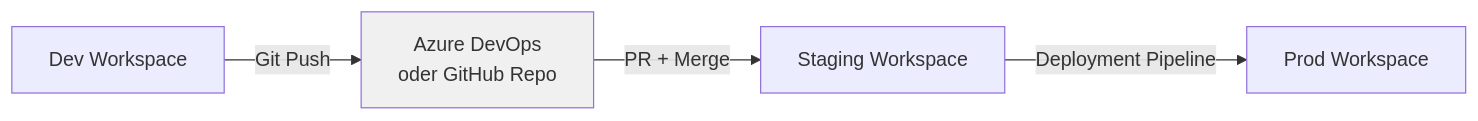
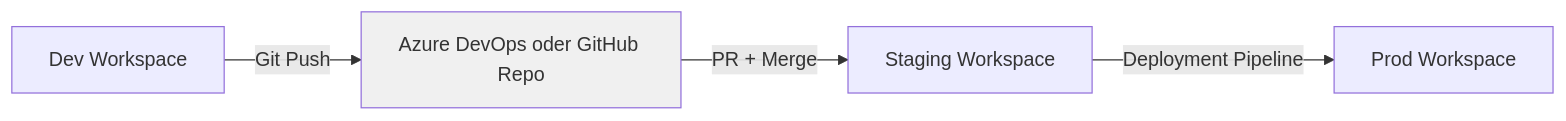
Before and after one commit to SoniiiT/notes-n-docs: the seventh of 7 diagrams in Microsoft 365/Azure/Fabric/Fabric Data Factory.md, drawn with Mermaid. The commit also changed other lines of this file and 124 other files, not shown here.

First line of the commit message:
fix: Entferne \n aus allen Mermaid-Diagrammen (125 Dateien)

````diff
--- a/Microsoft 365/Azure/Fabric/Fabric Data Factory.md
+++ b/Microsoft 365/Azure/Fabric/Fabric Data Factory.md
@@ -334,8 +334,8 @@
 ```mermaid
 graph LR
-    DEV[Dev Workspace] -->|Git Push| REPO[Azure DevOps\noder GitHub Repo]
+    DEV[Dev Workspace] -->|Git Push| REPO[Azure DevOps oder GitHub Repo]
     REPO -->|PR + Merge| STAGE[Staging Workspace]
     STAGE -->|Deployment Pipeline| PROD[Prod Workspace]
     
     style REPO fill:#f0f0f0
 ```
````
